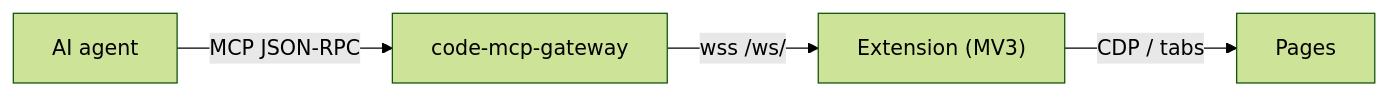
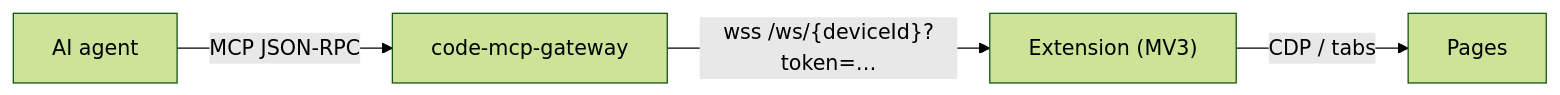
One commit to Tuanm/browser-mcp changed the diagram in README.md. Above: the diagram before and after it, drawn with Mermaid (forest theme). The commit also changed other lines of this file and 1 other file, not shown here.

First line of the commit message:
docs: professionalize README (pyramid structure, media/vault tables, gateway URL)

````diff
--- a/README.md
+++ b/README.md
@@ -10,6 +11,6 @@
 ```mermaid
 flowchart LR
-  A["AI agent"] -->|"MCP JSON-RPC"| G["code-mcp-gateway"]
-  G -->|"wss /ws/<id>"| E["Extension (MV3)"]
-  E -->|"CDP / tabs"| P["Pages"]
+    A["AI agent"] -->|"MCP JSON-RPC"| G["code-mcp-gateway"]
+    G -->|"wss /ws/{deviceId}?token=…"| E["Extension (MV3)"]
+    E -->|"CDP / tabs"| P["Pages"]
 ```
````
